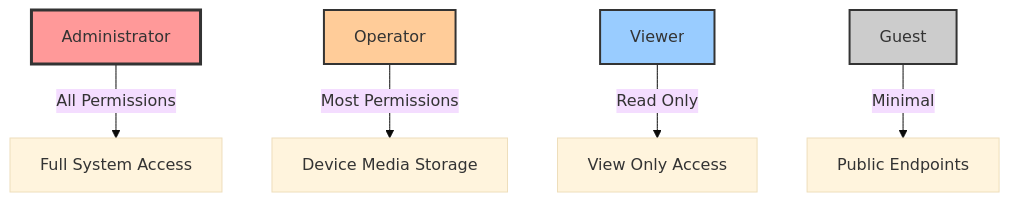
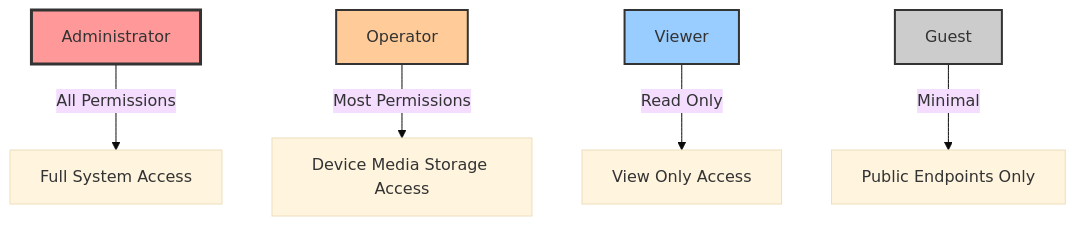
The diagram in docs/security/permissions.md (JayeshKakkad-Rotoclear/Rotoclear-C-Pro-Docs), drawn with Mermaid (base theme) before and after one commit. The commit also changed 12 other files, not shown here.

Commit message:
Fix all Mermaid diagrams with proper complete labels - Fixed text bundling issues by using proper full labels - Removed overly abbreviated text that caused code formatting - All node labels now properly display without being truncated - Maintained readability while ensuring proper Mermaid parsing

````diff
--- a/docs/security/permissions.md
+++ b/docs/security/permissions.md
@@ -53,15 +53,15 @@
 ```mermaid
 graph TB
     Admin[Administrator] -->|All Permissions| AllPerms[Full System Access]
     
-    Operator[Operator] -->|Most Permissions| OpPerms[Device Media Storage]
+    Operator[Operator] -->|Most Permissions| OpPerms[Device Media Storage Access]
     
     Viewer[Viewer] -->|Read Only| ViewPerms[View Only Access]
     
-    Guest[Guest] -->|Minimal| GuestPerms[Public Endpoints]
+    Guest[Guest] -->|Minimal| GuestPerms[Public Endpoints Only]
     
     style Admin fill:#ff9999,stroke:#333,stroke-width:3px
     style Operator fill:#ffcc99,stroke:#333,stroke-width:2px
     style Viewer fill:#99ccff,stroke:#333,stroke-width:2px
     style Guest fill:#cccccc,stroke:#333,stroke-width:2px
 ```
````
